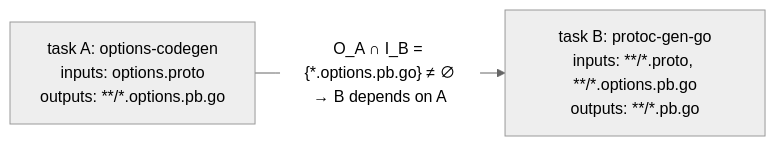
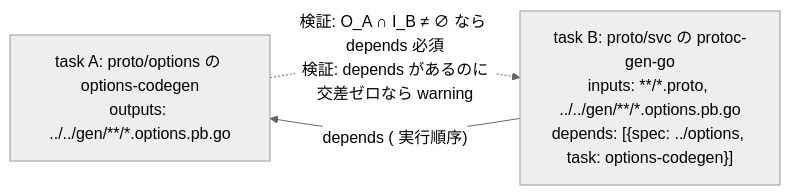
One commit to izumin5210/sloff changed the third of 3 diagrams in docs/design/architecture.md. Above: the diagram before and after it, drawn with Mermaid (neutral theme). The commit also changed other lines of this file and 2 other files, not shown here.

First line of the commit message:
docs: declare task dependencies explicitly in specs (ADR-0013)

````diff
--- a/docs/design/architecture.md
+++ b/docs/design/architecture.md
@@ -594,6 +621,7 @@
 ```mermaid
 flowchart LR
-    A["task A: options-codegen<br/>inputs: options.proto<br/>outputs: **/*.options.pb.go"]
-    B["task B: protoc-gen-go<br/>inputs: **/*.proto, **/*.options.pb.go<br/>outputs: **/*.pb.go"]
-    A -- "O_A ∩ I_B = {*.options.pb.go} ≠ ∅<br/>→ B depends on A" --> B
+    A["task A: proto/options の options-codegen<br/>outputs: ../../gen/**/*.options.pb.go"]
+    B["task B: proto/svc の protoc-gen-go<br/>inputs: **/*.proto, ../../gen/**/*.options.pb.go<br/>depends: [{spec: ../options, task: options-codegen}]"]
+    B -- "depends ( 実行順序)" --> A
+    A -. "検証: O_A ∩ I_B ≠ ∅ なら depends 必須<br/>検証: depends があるのに交差ゼロなら warning" .-> B
 ```
````
